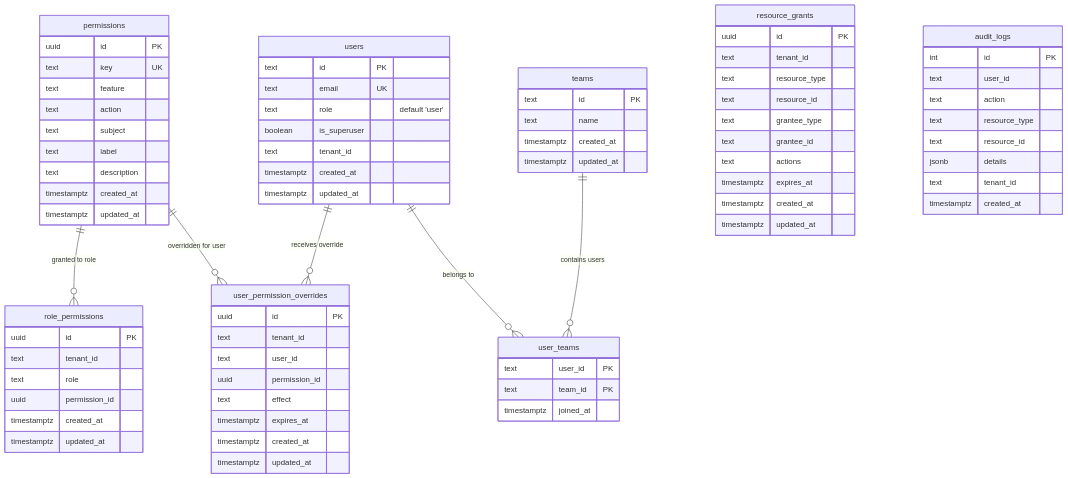
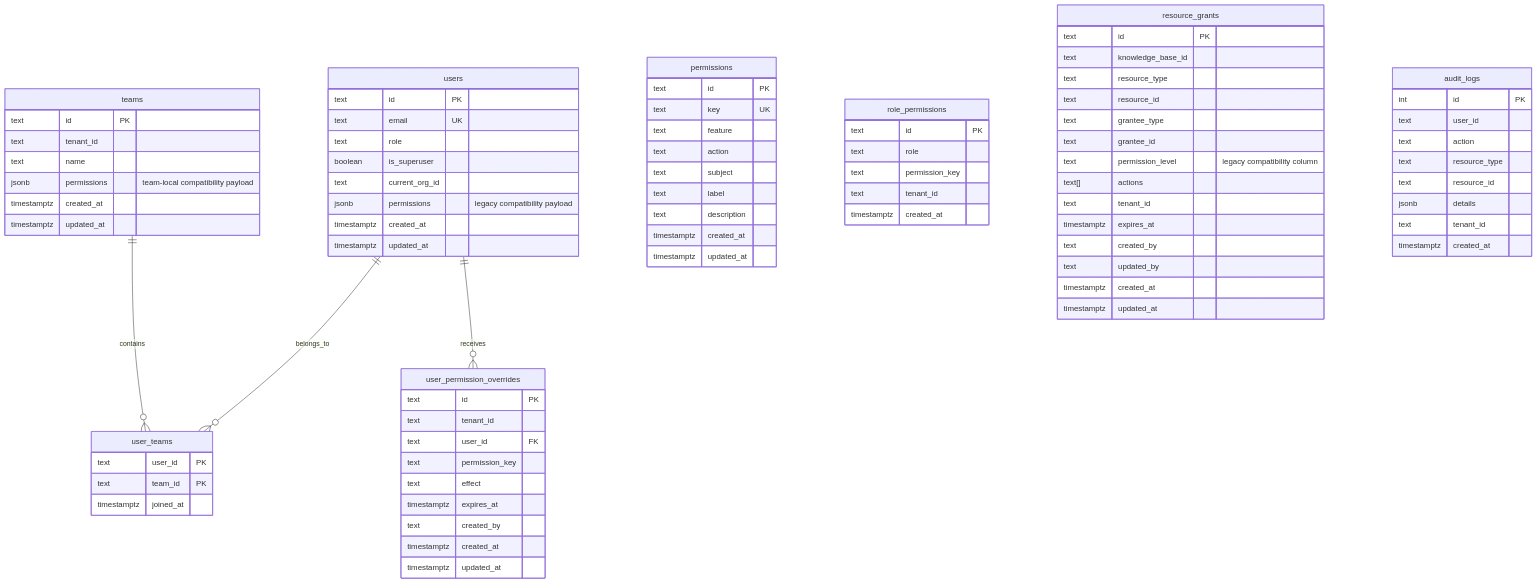
Before and after one commit to b-knowledge-solution/b-knowledge: the first of 2 diagrams in docs/basic-design/database/database-design-core.md, drawn with Mermaid. The commit also changed other lines of this file and 16 other files, not shown here.

````diff
--- a/docs/basic-design/database/database-design-core.md
+++ b/docs/basic-design/database/database-design-core.md
@@ -20,16 +21,19 @@
     users {
         text id PK
         text email UK
-        text role "default 'user'"
+        text role
         boolean is_superuser
-        text tenant_id
+        text current_org_id
+        jsonb permissions "legacy compatibility payload"
         timestamptz created_at
         timestamptz updated_at
     }
 
     teams {
         text id PK
+        text tenant_id
         text name
+        jsonb permissions "team-local compatibility payload"
         timestamptz created_at
         timestamptz updated_at
     }
@@ -41,7 +45,7 @@
     }
 
     permissions {
-        uuid id PK
+        text id PK
         text key UK
         text feature
         text action
@@ -53,34 +57,38 @@
     }
 
     role_permissions {
-        uuid id PK
+        text id PK
+        text role
+        text permission_key
         text tenant_id
-        text role
-        uuid permission_id
         timestamptz created_at
-        timestamptz updated_at
     }
 
     user_permission_overrides {
-        uuid id PK
+        text id PK
         text tenant_id
-        text user_id
-        uuid permission_id
+        text user_id FK
+        text permission_key
         text effect
         timestamptz expires_at
+        text created_by
         timestamptz created_at
         timestamptz updated_at
     }
 
     resource_grants {
-        uuid id PK
-        text tenant_id
+        text id PK
+        text knowledge_base_id
         text resource_type
         text resource_id
         text grantee_type
         text grantee_id
-        text actions
+        text permission_level "legacy compatibility column"
+        text[] actions
+        text tenant_id
         timestamptz expires_at
+        text created_by
+        text updated_by
         timestamptz created_at
         timestamptz updated_at
     }
@@ -96,9 +104,7 @@
         timestamptz created_at
     }
 
-    permissions ||--o{ role_permissions : "granted to role"
-    permissions ||--o{ user_permission_overrides : "overridden for user"
-    users ||--o{ user_permission_overrides : "receives override"
-    users ||--o{ user_teams : "belongs to"
-    teams ||--o{ user_teams : "contains users"
+    users ||--o{ user_teams : belongs_to
+    teams ||--o{ user_teams : contains
+    users ||--o{ user_permission_overrides : receives
 ```
````
